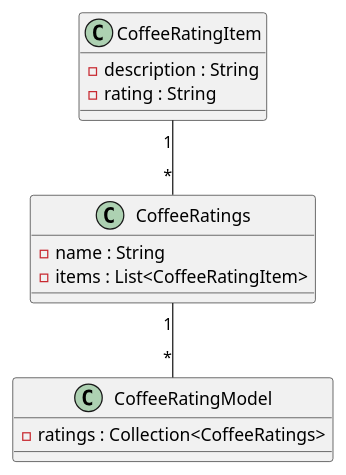
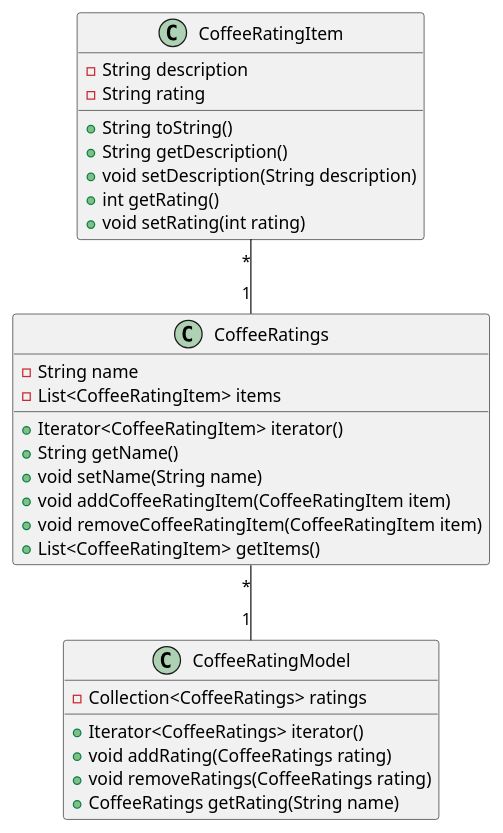
The diagram in docs/diagrams/class_diagram.puml (annafarestrand/informatikk_prosjektarbeid), drawn with PlantUML before and after one commit.

Commit message:
Added methods and visibility to class diagram. Co-Authored-by: Julie

```diff
--- a/docs/diagrams/class_diagram.puml
+++ b/docs/diagrams/class_diagram.puml
@@ -1,20 +1,39 @@
 @startuml class_diagram
 
 class CoffeeRatingItem {
-    -description : String
-    -rating : String
+    - String description
+    - String rating
+
+    + String toString()
+    + String getDescription()
+    + void setDescription(String description)
+    + int getRating()
+    + void setRating(int rating)
 }
 
 class CoffeeRatings {
-    -name : String
-    -items : List<CoffeeRatingItem> 
+    - String name
+    - List<CoffeeRatingItem> items
+    + Iterator<CoffeeRatingItem> iterator()
+    + String getName()
+    + void setName(String name)
+    + void addCoffeeRatingItem(CoffeeRatingItem item)
+    + void removeCoffeeRatingItem(CoffeeRatingItem item) 
+    + List<CoffeeRatingItem> getItems()
 }
 
 class CoffeeRatingModel {
-    -ratings : Collection<CoffeeRatings>
+    - Collection<CoffeeRatings> ratings
+
+    + Iterator<CoffeeRatings> iterator()
+    + void addRating(CoffeeRatings rating)
+    + void removeRatings(CoffeeRatings rating)
+    + CoffeeRatings getRating(String name)
+    
+
 }
 
-CoffeeRatingItem "1" -- "*" CoffeeRatings
-CoffeeRatings "1" -- "*" CoffeeRatingModel
+CoffeeRatingItem "*" -- "1" CoffeeRatings
+CoffeeRatings "*" -- "1" CoffeeRatingModel
 
 @enduml
```
